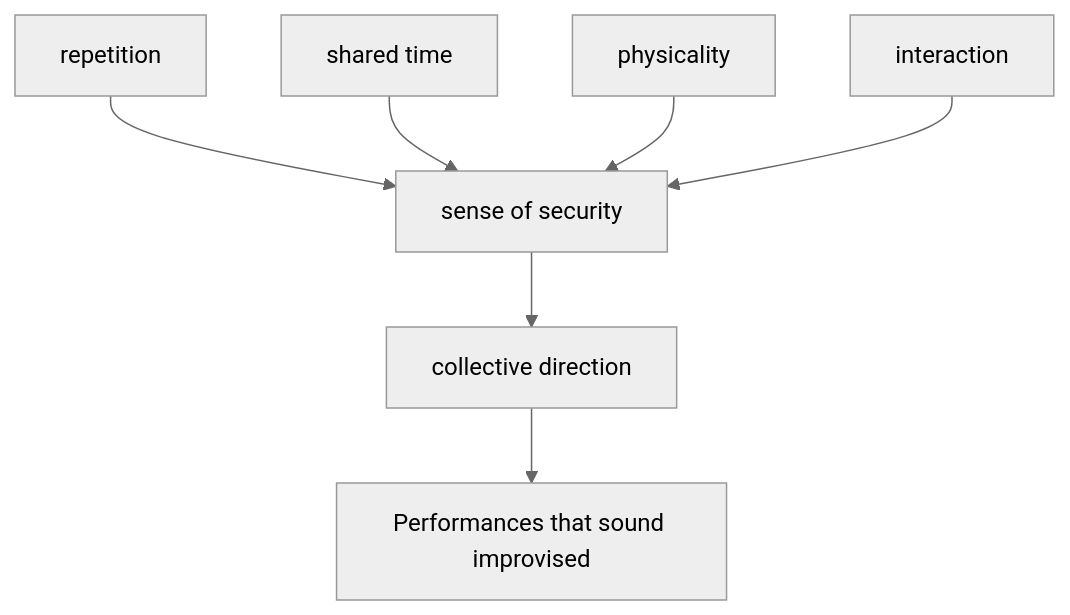
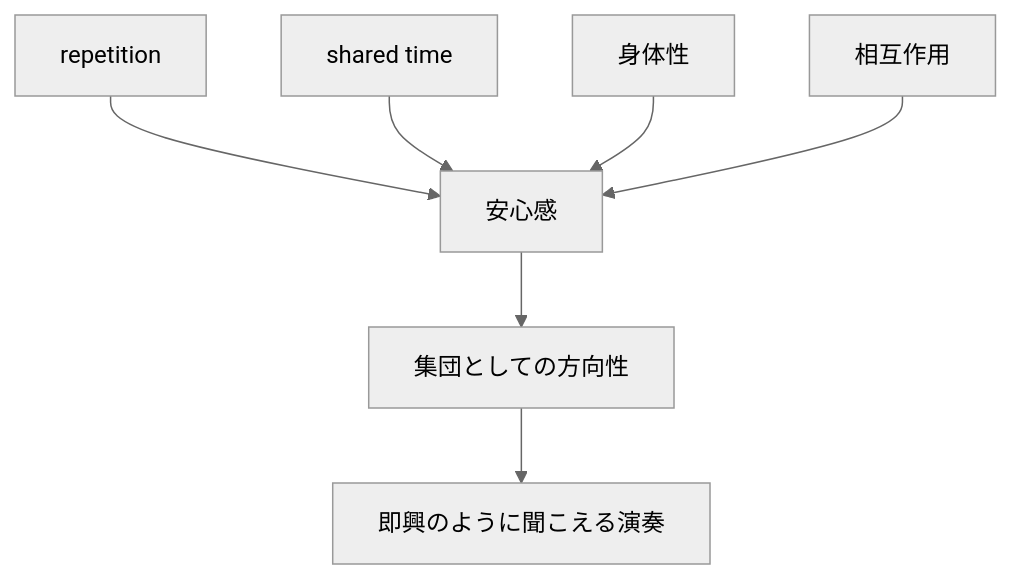
Before and after one commit to monumental-movement/monumental-movement.github.io: the fifth of 5 diagrams in en/_posts/2026-07-25-column-why-angine-de-poitrine-feels-like-collective-improvisation.md, drawn with Mermaid (neutral theme). The commit also changed other lines of this file and 2196 other files, not shown here.

```diff
--- a/en/_posts/2026-07-25-column-why-angine-de-poitrine-feels-like-collective-improvisation.md
+++ b/en/_posts/2026-07-25-column-why-angine-de-poitrine-feels-like-collective-improvisation.md
@@ -856,16 +856,16 @@
 <div class="mermaid">
 graph TD
 
 A[repetition]
 B[shared time]
-C[physicality]
-D[interaction]
+C[身体性]
+D[相互作用]
 
-A --> E[sense of security]
+A --> E[安心感]
 B --> E
 C --> E
 D --> E
 
-E --> F[collective direction]
-F --> G[Performances that sound improvised]
+E --> F[集団としての方向性]
+F --> G[即興のように聞こえる演奏]
 </div>
```
